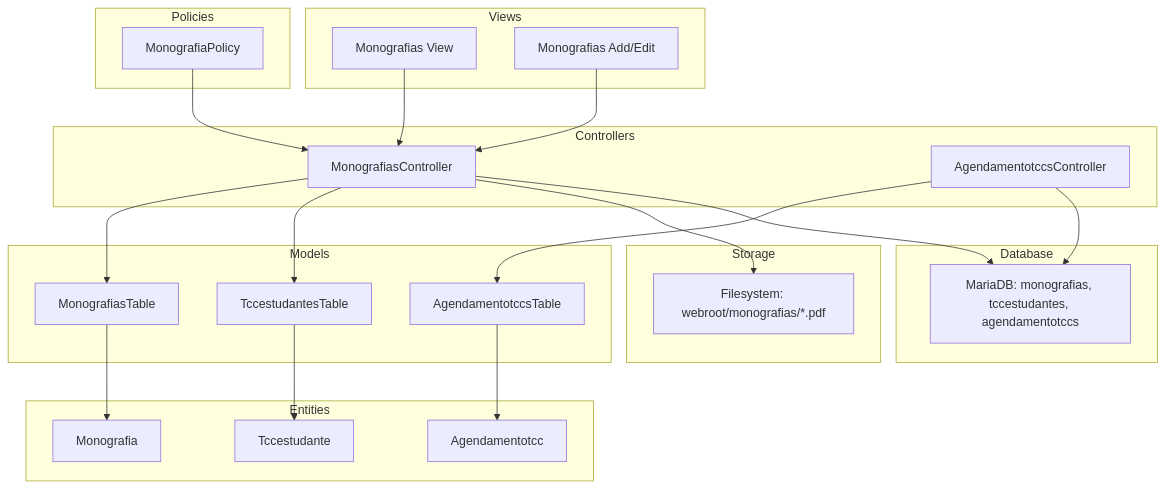
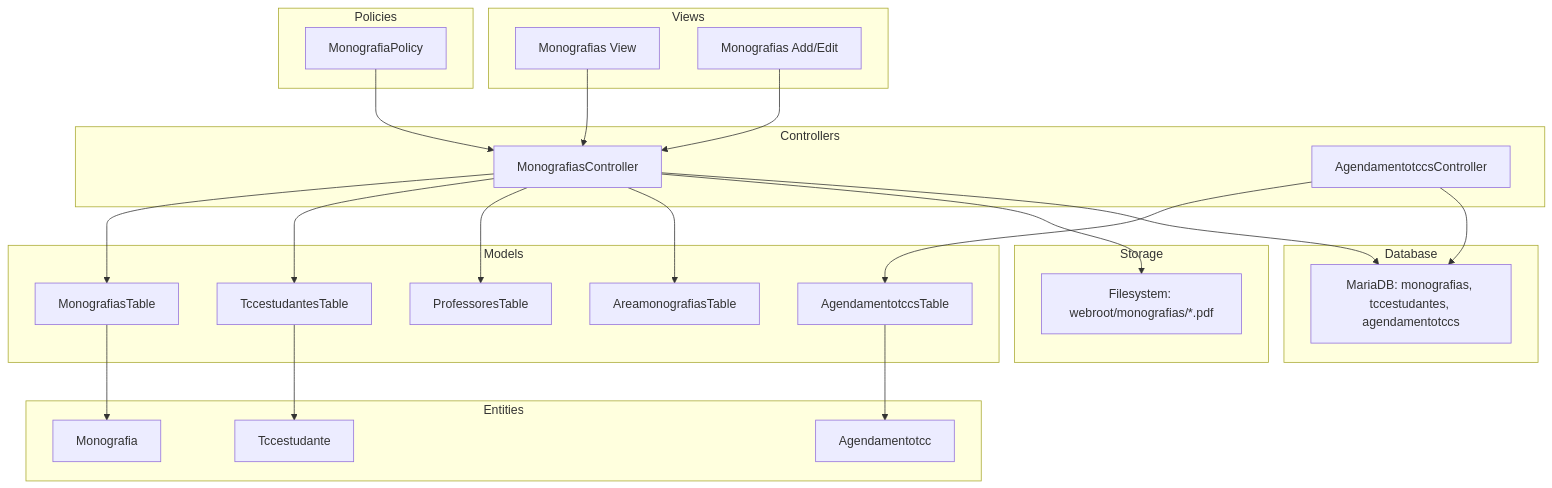
One commit to luiseduacosta/tcc4 changed the first of 9 diagrams in .qoder/repowiki/en/content/Monograph Management/Monograph Management.md. Above: the diagram before and after it, drawn with Mermaid. The commit also changed other lines of this file and 5 other files, not shown here.

````diff
--- a/.qoder/repowiki/en/content/Monograph Management/Monograph Management.md
+++ b/.qoder/repowiki/en/content/Monograph Management/Monograph Management.md
@@ -52,42 +54,46 @@
 ```mermaid
 graph TB
 subgraph "Controllers"
 MC["MonografiasController"]
 AC["AgendamentotccsController"]
 end
 subgraph "Models"
 MT["MonografiasTable"]
 TT["TccestudantesTable"]
 AT["AgendamentotccsTable"]
+PT["ProfessoresTable"]
+AT2["AreamonografiasTable"]
 end
 subgraph "Entities"
 ME["Monografia"]
 TE["Tccestudante"]
 AE["Agendamentotcc"]
 end
 subgraph "Policies"
 MP["MonografiaPolicy"]
 end
 subgraph "Views"
 VV["Monografias View"]
 VA["Monografias Add/Edit"]
 end
 subgraph "Storage"
 FS["Filesystem: webroot/monografias/*.pdf"]
 end
 subgraph "Database"
 DB["MariaDB: monografias, tccestudantes, agendamentotccs"]
 end
 MC --> MT
 MC --> TT
+MC --> PT
+MC --> AT2
 MC --> FS
 MC --> DB
 AC --> AT
 AC --> DB
 MT --> ME
 TT --> TE
 AT --> AE
 MP --> MC
 VV --> MC
 VA --> MC
 ```
````
